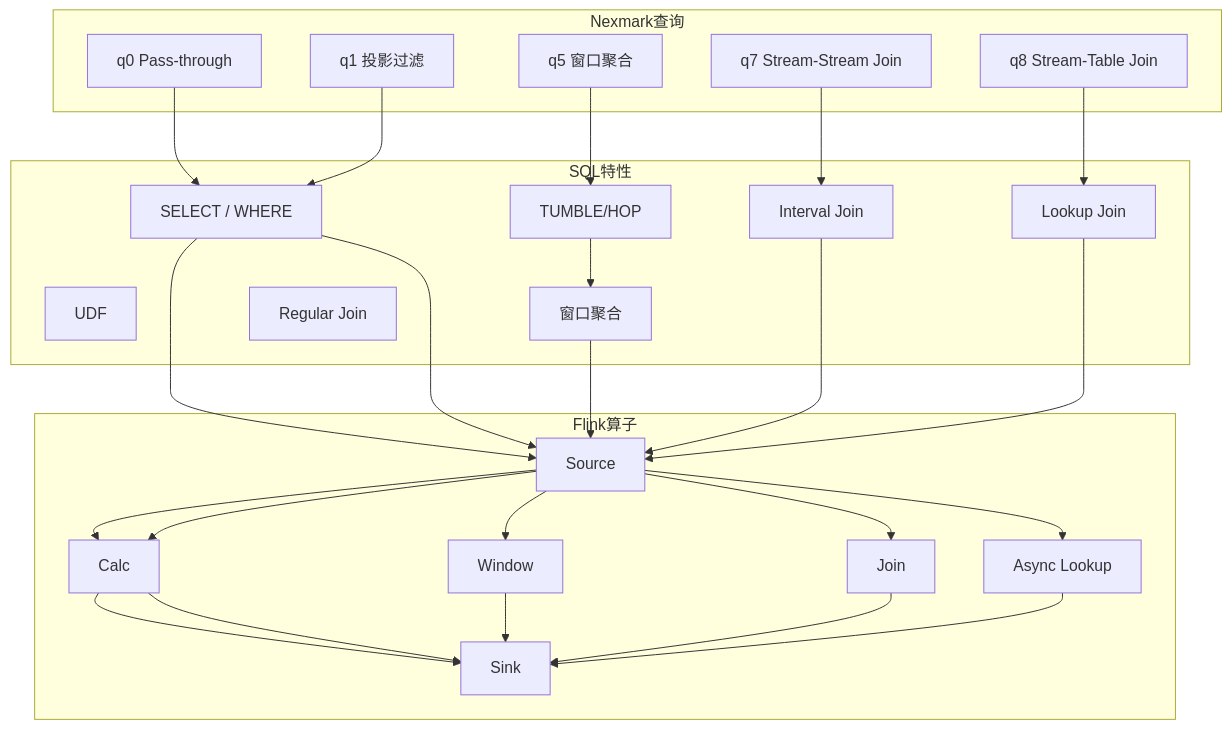
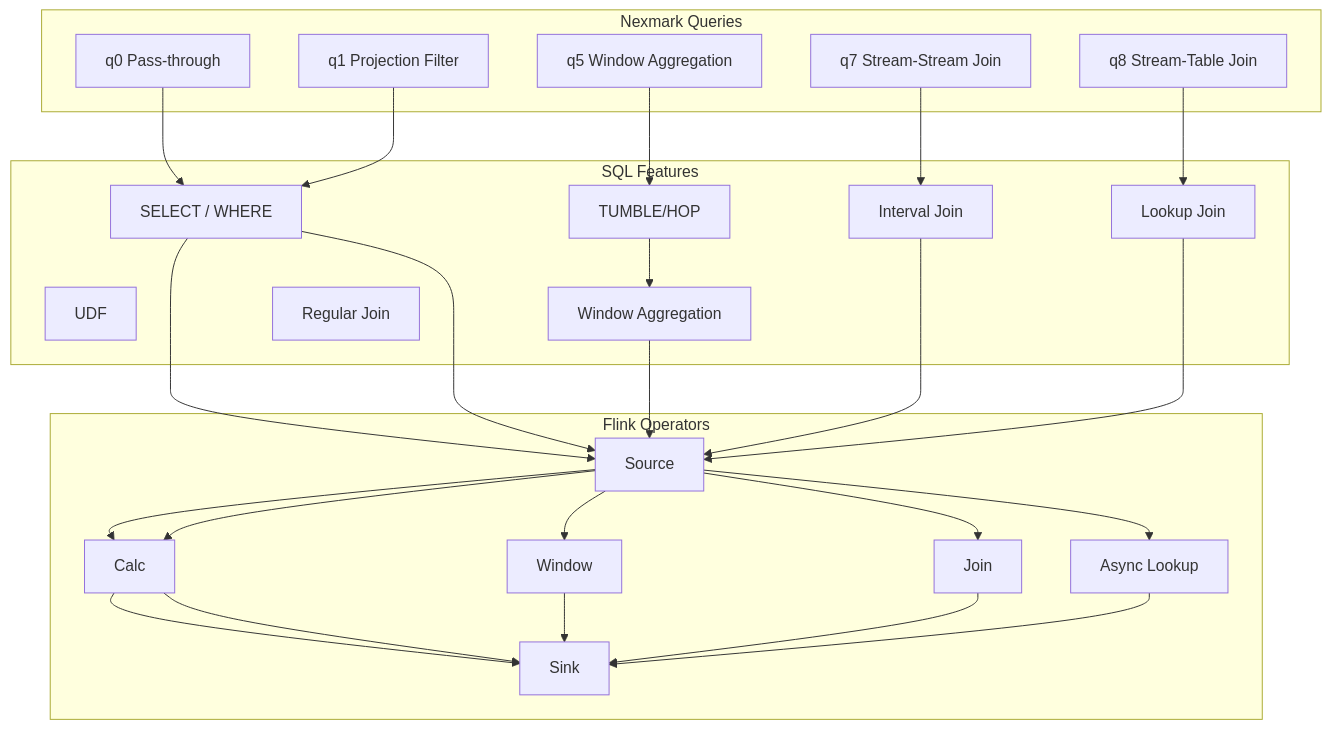
One commit to AdaMartin18010/AnalysisDataFlow changed the first of 3 diagrams in i18n/en/Flink/flink-nexmark-benchmark-guide.md. Above: the diagram before and after it, drawn with Mermaid. The commit also changed other lines of this file and 96 other files, not shown here.

````diff
--- a/i18n/en/Flink/flink-nexmark-benchmark-guide.md
+++ b/i18n/en/Flink/flink-nexmark-benchmark-guide.md
@@ -96,35 +167,35 @@
 ```mermaid
 graph TB
-    subgraph Nexmark查询
+    subgraph Nexmark Queries
         Q0[q0 Pass-through]
-        Q1[q1 投影过滤]
-        Q5[q5 窗口聚合]
+        Q1[q1 Projection Filter]
+        Q5[q5 Window Aggregation]
         Q7[q7 Stream-Stream Join]
         Q8[q8 Stream-Table Join]
     end
 
-    subgraph SQL特性
+    subgraph SQL Features
         S1[SELECT / WHERE]
         S2[UDF]
         S3[TUMBLE/HOP]
-        S4[窗口聚合]
+        S4[Window Aggregation]
         S5[Regular Join]
         S6[Interval Join]
         S7[Lookup Join]
     end
 
-    subgraph Flink算子
+    subgraph Flink Operators
         F1[Source]
         F2[Calc]
         F3[Window]
         F4[Join]
         F5[Async Lookup]
         F6[Sink]
     end
 
     Q0 --> S1 --> F1 --> F2 --> F6
     Q1 --> S1 --> F1 --> F2 --> F6
     Q5 --> S3 --> S4 --> F1 --> F3 --> F6
     Q7 --> S6 --> F1 --> F4 --> F6
     Q8 --> S7 --> F1 --> F5 --> F6
 ```
````
